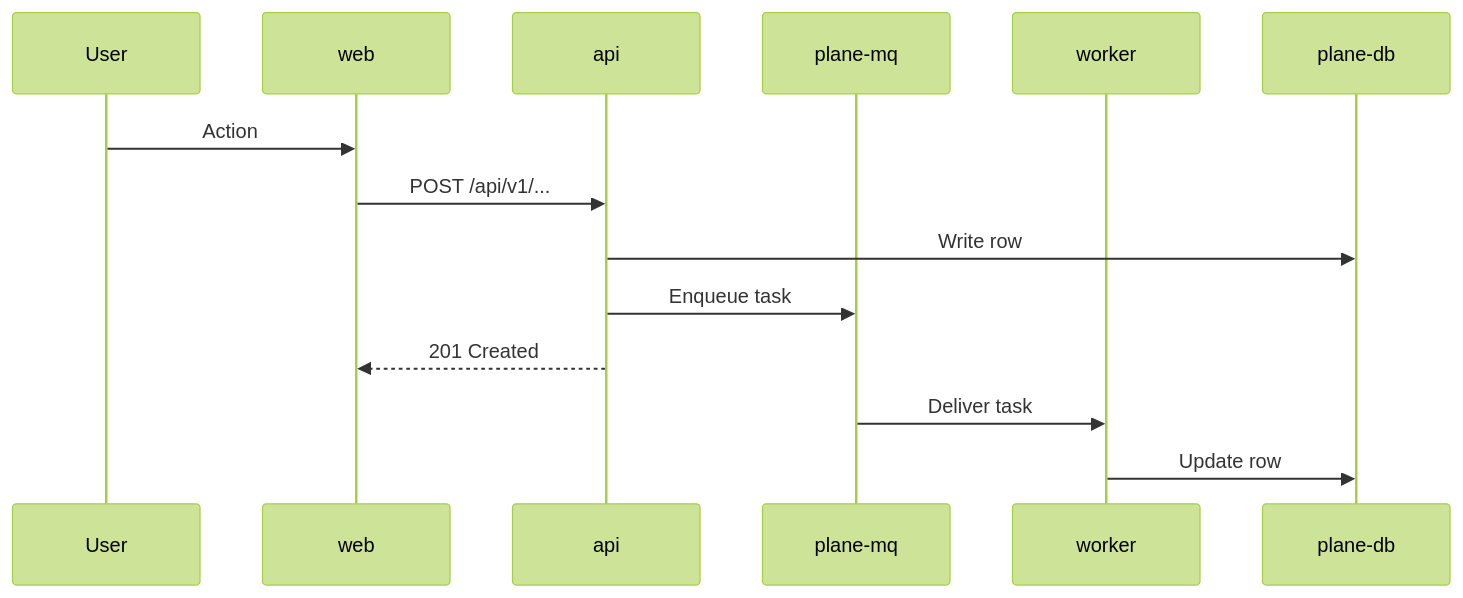
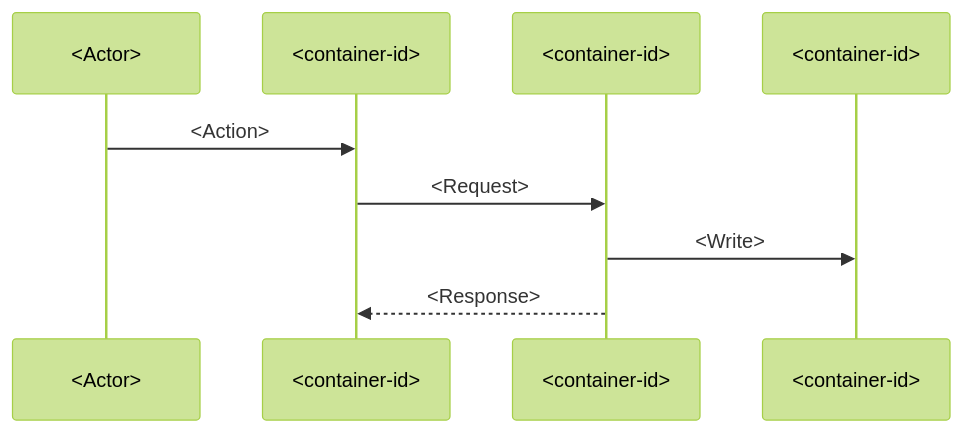
Before and after one commit to psarma89/plane: the second of 3 diagrams in docs/architecture/c4/containers/TEMPLATE.md, drawn with Mermaid (forest theme). The commit also changed other lines of this file and 23 other files, not shown here.

````diff
--- a/docs/architecture/c4/containers/TEMPLATE.md
+++ b/docs/architecture/c4/containers/TEMPLATE.md
@@ -47,17 +59,12 @@
 ```mermaid
 sequenceDiagram
-    participant U as User
-    participant W as web
-    participant A as api
-    participant Q as plane-mq
-    participant K as worker
-    participant D as plane-db
+    participant U as <Actor>
+    participant A as <container-id>
+    participant B as <container-id>
+    participant D as <container-id>
 
-    U->>W: Action
-    W->>A: POST /api/v1/...
-    A->>D: Write row
-    A->>Q: Enqueue task
-    A-->>W: 201 Created
-    Q->>K: Deliver task
-    K->>D: Update row
+    U->>A: <Action>
+    A->>B: <Request>
+    B->>D: <Write>
+    B-->>A: <Response>
 ```
````
